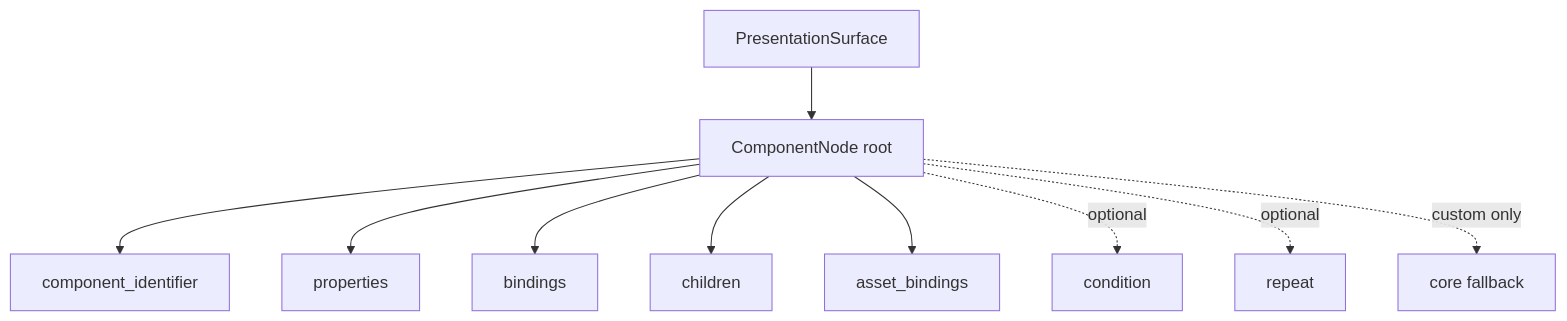
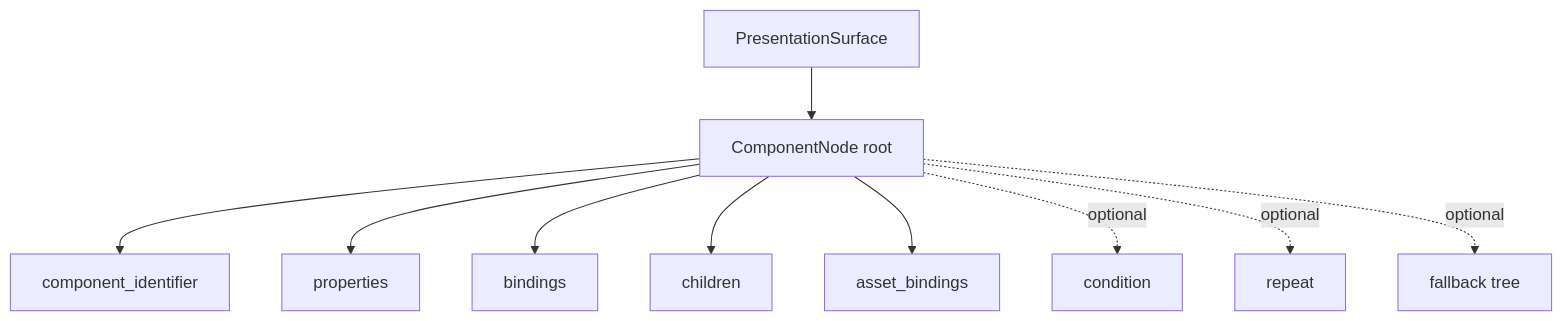
One commit to stateforge-org/stateforge-protocol changed the second of 2 diagrams in docs/v0.1.0/procedures/provider-presentation.md. Above: the diagram before and after it, drawn with Mermaid. The commit also changed other lines of this file and 9 other files, not shown here.

````diff
--- a/docs/v0.1.0/procedures/provider-presentation.md
+++ b/docs/v0.1.0/procedures/provider-presentation.md
@@ -66,12 +61,12 @@
 ```mermaid
 flowchart TD
     Surface["PresentationSurface"] --> Root["ComponentNode root"]
     Root --> ID["component_identifier"]
     Root --> Props["properties"]
     Root --> Bindings["bindings"]
     Root --> Children["children"]
     Root --> Assets["asset_bindings"]
     Root -. optional .-> Condition["condition"]
     Root -. optional .-> Repeat["repeat"]
-    Root -. custom only .-> Fallback["core fallback"]
+    Root -. optional .-> Fallback["fallback tree"]
 ```
````
